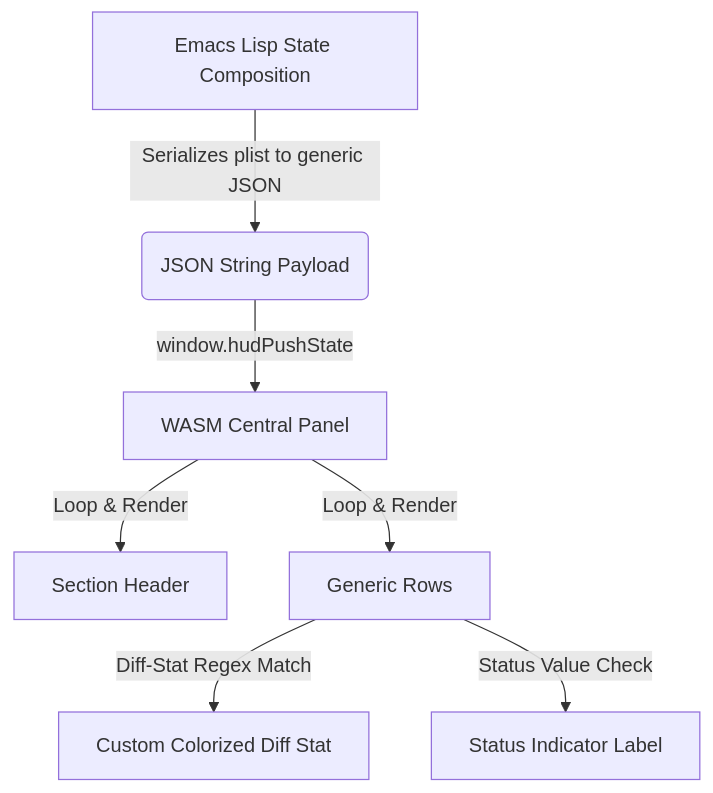
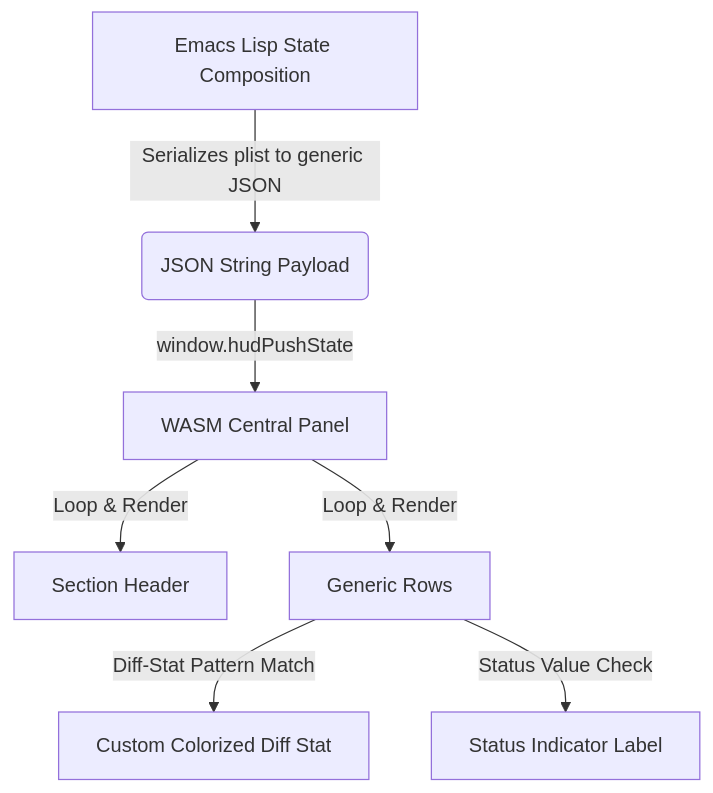
The second of 2 diagrams in README.md (nohzafk/emacs-workspace-hud), drawn with Mermaid before and after one commit. The commit also changed other lines of this file and 2 other files, not shown here.

First line of the commit message:
docs: polish README for release, fix justfile and schema accuracy

````diff
--- a/README.md
+++ b/README.md
@@ -218,9 +217,9 @@
 ```mermaid
 graph TD
     A[Emacs Lisp State Composition] -->|Serializes plist to generic JSON| B(JSON String Payload)
     B -->|window.hudPushState| C[WASM Central Panel]
     C -->|Loop & Render| D[Section Header]
     C -->|Loop & Render| E[Generic Rows]
-    E -->|Diff-Stat Regex Match| F[Custom Colorized Diff Stat]
+    E -->|Diff-Stat Pattern Match| F[Custom Colorized Diff Stat]
     E -->|Status Value Check| G[Status Indicator Label]
 ```
````
